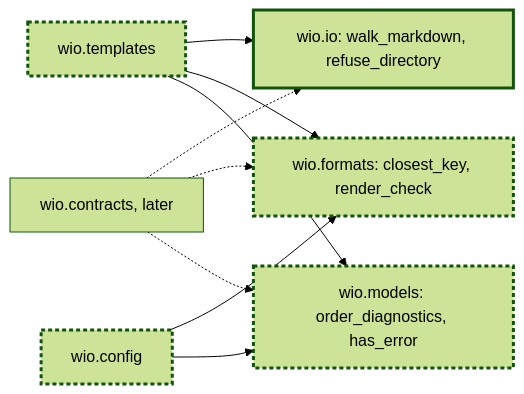
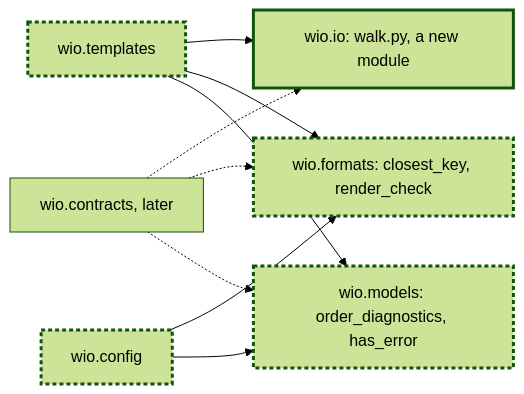
The diagram in .agents/wio/works/contracts/shared/README.md (msitarz/wio), drawn with Mermaid (forest theme) before and after one commit. The commit also changed other lines of this file and 14 other files, not shown here.

````diff
--- a/.agents/wio/works/contracts/shared/README.md
+++ b/.agents/wio/works/contracts/shared/README.md
@@ -99,19 +104,19 @@
 ```mermaid
 flowchart LR
     templates["wio.templates"]:::changed
     config["wio.config"]:::changed
     contracts["wio.contracts, later"]
-    walk["wio.io: walk_markdown, refuse_directory"]:::new
+    walk["wio.io: walk.py, a new module"]:::new
     formats["wio.formats: closest_key, render_check"]:::changed
     diagnostics["wio.models: order_diagnostics, has_error"]:::changed
     templates --> walk
     templates --> formats
     templates --> diagnostics
     config --> formats
     config --> diagnostics
     contracts -.-> walk
     contracts -.-> formats
     contracts -.-> diagnostics
     classDef new stroke-width: 3px
     classDef changed stroke-width: 3px,stroke-dasharray: 4 3
 ```
````
